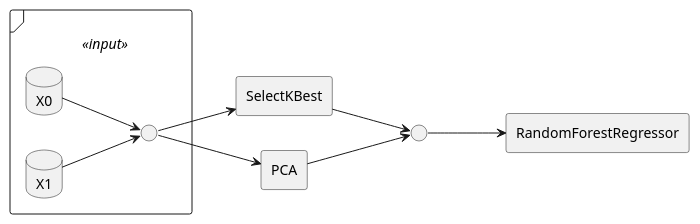
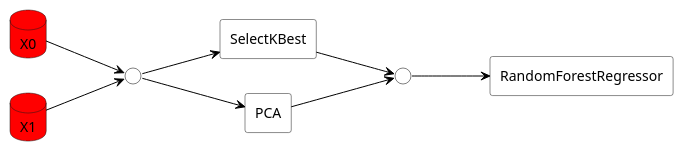
Before and after one commit to atavory/atavory.github.io: the diagram in ibex_pres/train_col_aggregating_further_transformations.plantuml, drawn with PlantUML. The commit also changed 37 other files, not shown here.

```diff
--- a/ibex_pres/train_col_aggregating_further_transformations.plantuml
+++ b/ibex_pres/train_col_aggregating_further_transformations.plantuml
@@ -1,25 +1,30 @@
 @startuml
 
-skinparam monochrome true
 skinparam shadowing false
 
 left to right direction
 
-frame " " <<input>> {
-    database X0
-    database X1
-    interface " " as c0
+skinparam interface {
+    borderColor black
 }
-rectangle SelectKBest
-rectangle PCA
-interface " " as c1
-rectangle RandomForestRegressor
+
+skinparam component {
+    arrowColor Black
+}
+
+database X0 #red
+database X1 #red
+interface " " as c0 #white
+rectangle SelectKBest #white
+rectangle PCA #white
+interface " " as c1 #white
+rectangle RandomForestRegressor #white
 X0 --> c0
 X1 --> c0 
 c0 --> SelectKBest
 c0 --> PCA
 SelectKBest --> c1
 PCA --> c1
 c1 --> RandomForestRegressor
 
 @enduml
```
